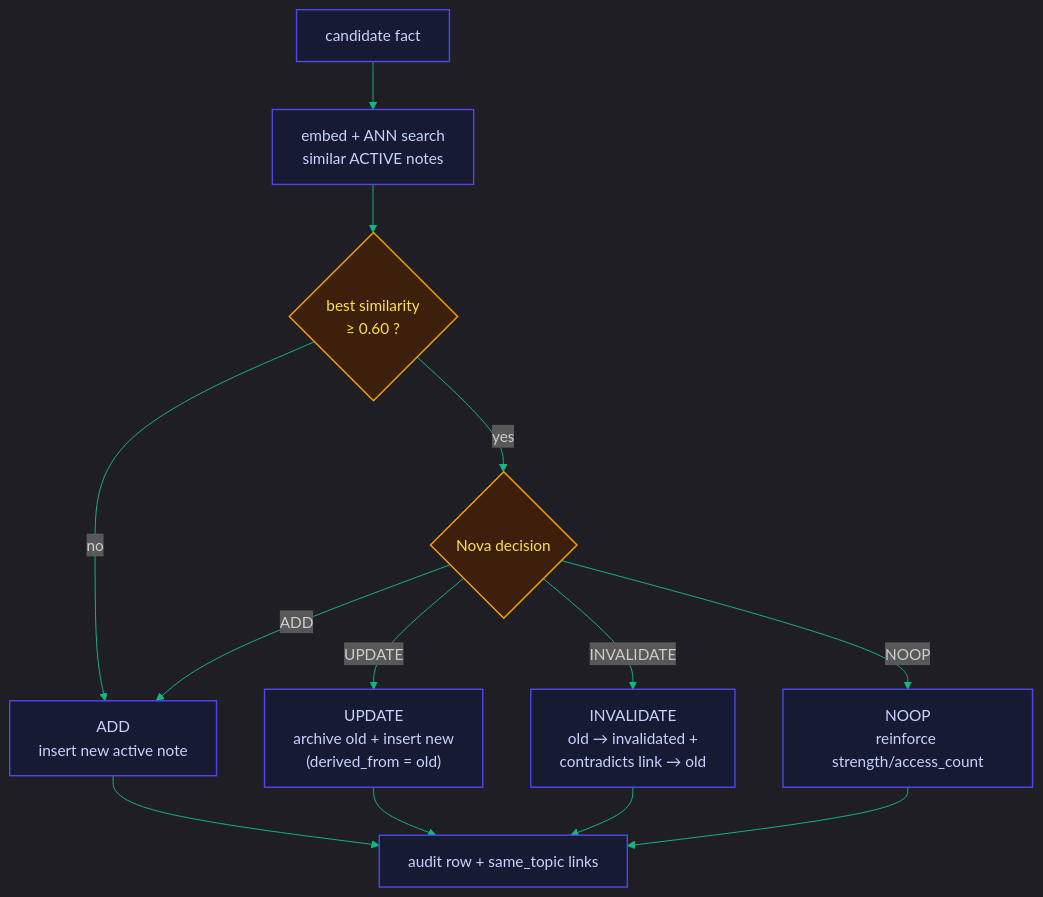
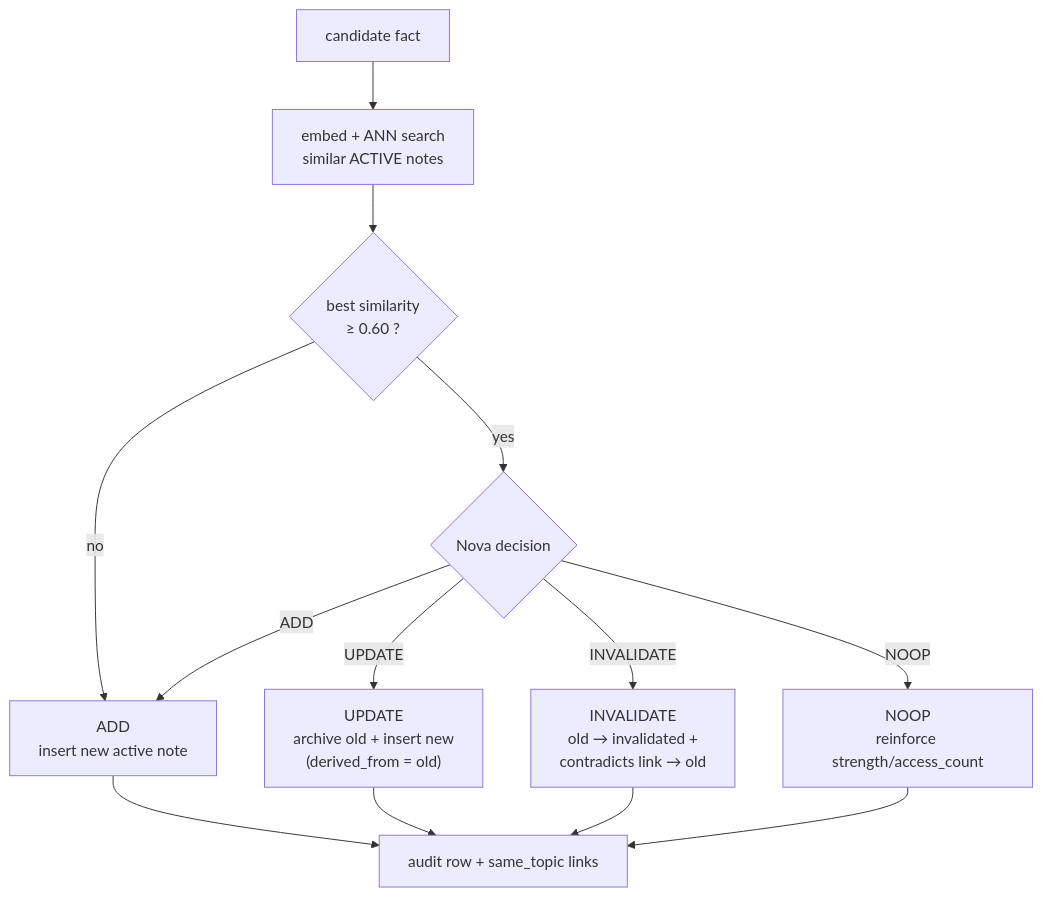
One commit to Somay-kousis/PaperPlanes changed the third of 3 diagrams in README.md. Above: the diagram before and after it, drawn with Mermaid. The commit also changed other lines of this file, not shown here.

Commit message:
README: plain Mermaid diagrams, stack badges

````diff
--- a/README.md
+++ b/README.md
@@ -145,22 +135,16 @@
 ```mermaid
-%%{init: {'theme':'dark','themeVariables':{'background':'#0b0f19','primaryColor':'#1e293b','primaryTextColor':'#f8fafc','lineColor':'#10b981','nodeBorder':'#334155'}}}%%
 flowchart TD
     C["candidate fact"] --> EMB["embed + ANN search<br/>similar ACTIVE notes"]
     EMB --> Q{"best similarity<br/>≥ 0.60 ?"}
     Q -->|no| ADD["ADD<br/>insert new active note"]
     Q -->|yes| DEC{"Nova decision"}
     DEC -->|ADD| ADD
     DEC -->|UPDATE| UPD["UPDATE<br/>archive old + insert new<br/>(derived_from = old)"]
     DEC -->|INVALIDATE| INV["INVALIDATE<br/>old → invalidated +<br/>contradicts link → old"]
     DEC -->|NOOP| NOP["NOOP<br/>reinforce strength/access_count"]
 
     ADD --> AUD["audit row + same_topic links"]
     UPD --> AUD
     INV --> AUD
     NOP --> AUD
-
-    classDef n fill:#161b33,stroke:#4f46e5,stroke-width:1.5px,color:#c7d2fe;
-    classDef d fill:#3c200c,stroke:#f59e0b,stroke-width:1.5px,color:#fde047;
-    class C,EMB,ADD,UPD,INV,NOP,AUD n;
-    class Q,DEC d;
 ```
````
